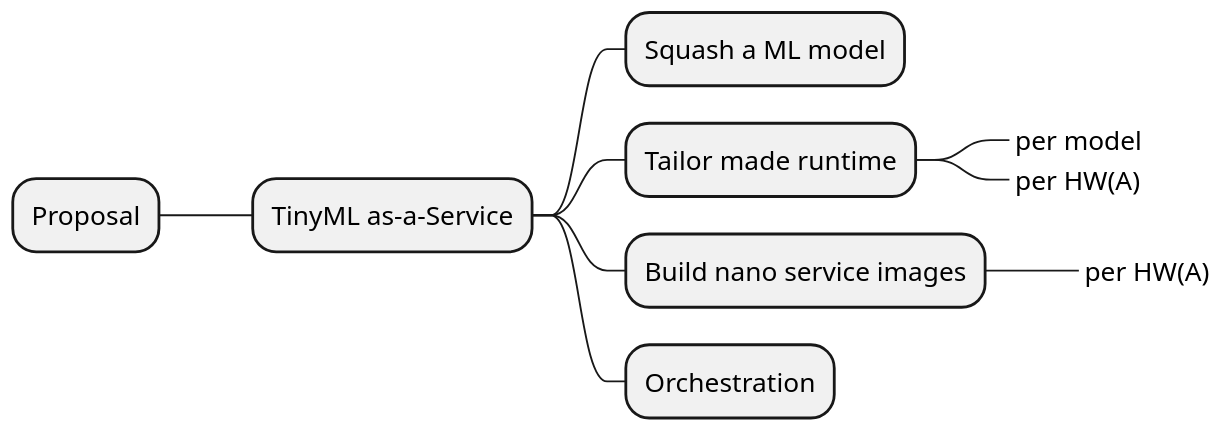
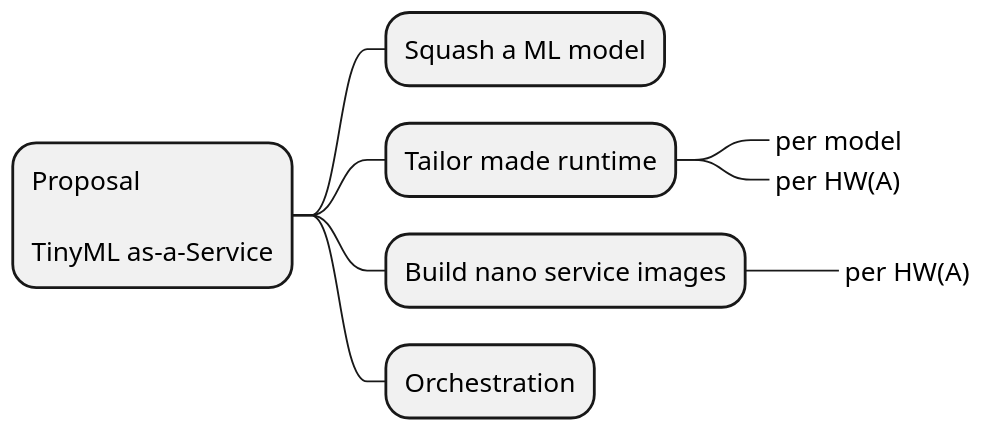
The diagram in summary-proposal.puml (doyu/elc2019), drawn with PlantUML before and after one commit. The commit also changed 1 other file, not shown here.

```diff
--- a/summary-proposal.puml
+++ b/summary-proposal.puml
@@ -1,12 +1,11 @@
 @startmindmap
 scale 1.5
-* Proposal
-** TinyML as-a-Service
-*** Squash a ML model
-*** Tailor made runtime
-****_ per model
-****_ per HW(A)
-*** Build nano service images
-****_ per HW(A)
-*** Orchestration
+* Proposal\n\nTinyML as-a-Service
+** Squash a ML model
+** Tailor made runtime
+***_ per model
+***_ per HW(A)
+** Build nano service images
+***_ per HW(A)
+** Orchestration
 @endmindmap
```
